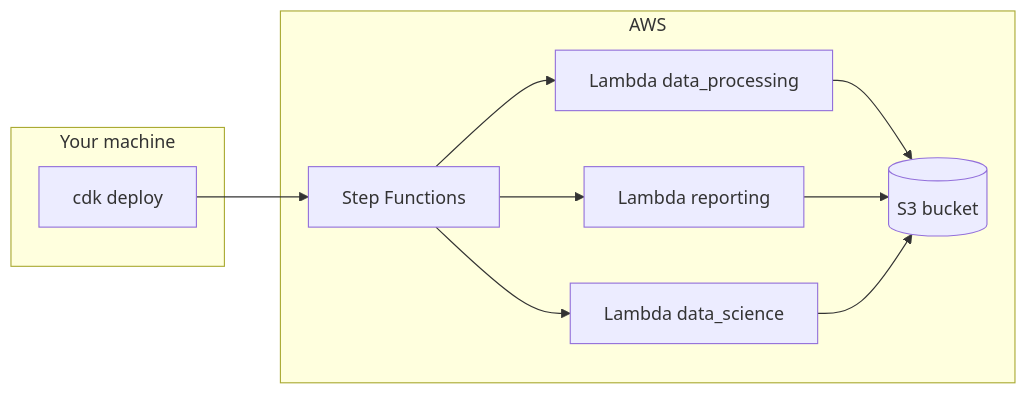
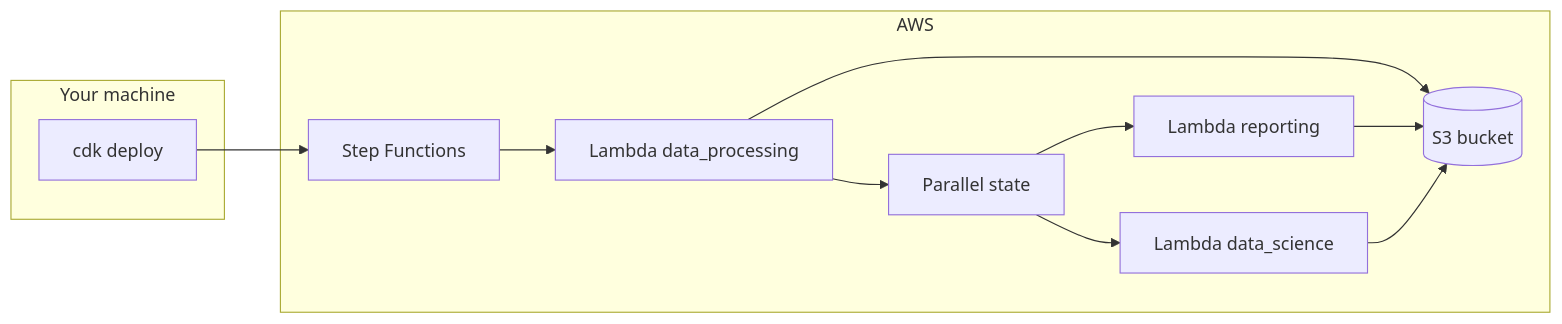
One commit to kedro-org/kedro changed the diagram in docs/deploy/supported-platforms/aws_step_functions.md. Above: the diagram before and after it, drawn with Mermaid. The commit also changed other lines of this file, not shown here.

````diff
--- a/docs/deploy/supported-platforms/aws_step_functions.md
+++ b/docs/deploy/supported-platforms/aws_step_functions.md
@@ -39,20 +39,22 @@
 ```mermaid
 flowchart LR
   subgraph driver [Your machine]
     CDK[cdk deploy]
   end
   subgraph aws [AWS]
     SFN[Step Functions]
     L1[Lambda data_processing]
+    P[Parallel state]
     L2[Lambda reporting]
     L3[Lambda data_science]
     S3[(S3 bucket)]
   end
   CDK --> SFN
   SFN --> L1
-  SFN --> L2
-  SFN --> L3
   L1 --> S3
+  L1 --> P
+  P --> L2
+  P --> L3
   L2 --> S3
   L3 --> S3
 ```
````
